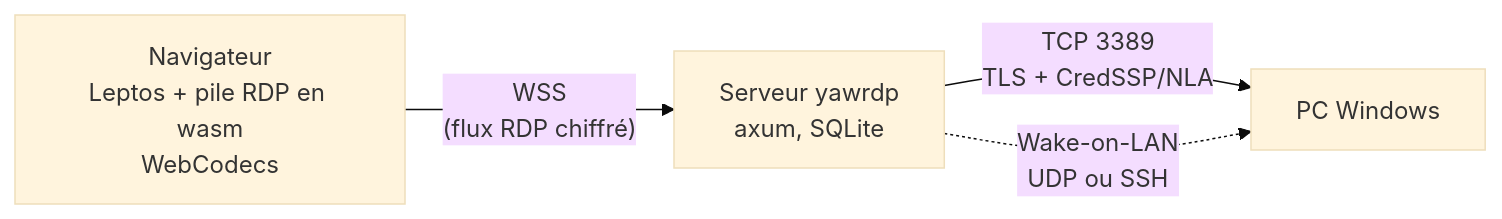
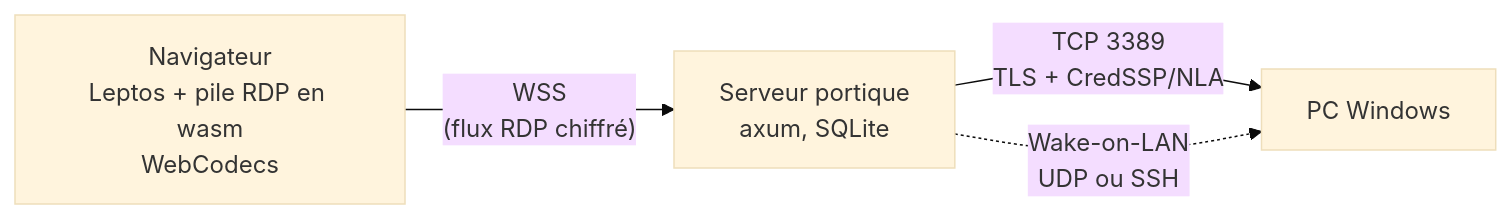
One commit to neotoxicfr/portique changed the diagram in README.md. Above: the diagram before and after it, drawn with Mermaid (base theme). The commit also changed other lines of this file and 60 other files, not shown here.

First line of the commit message:
refactor!: rename yawrdp to Portique

````diff
--- a/README.md
+++ b/README.md
@@ -48,6 +48,6 @@
 ```mermaid
 flowchart LR
-    B["Navigateur<br/>Leptos + pile RDP en wasm<br/>WebCodecs"] -- "WSS<br/>(flux RDP chiffré)" --> S["Serveur yawrdp<br/>axum, SQLite"]
+    B["Navigateur<br/>Leptos + pile RDP en wasm<br/>WebCodecs"] -- "WSS<br/>(flux RDP chiffré)" --> S["Serveur portique<br/>axum, SQLite"]
     S -- "TCP 3389<br/>TLS + CredSSP/NLA" --> P["PC Windows"]
     S -. "Wake-on-LAN<br/>UDP ou SSH" .-> P
 ```
````
